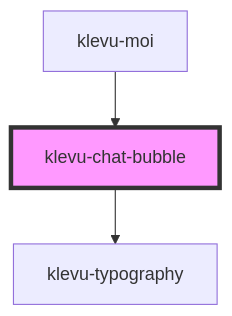
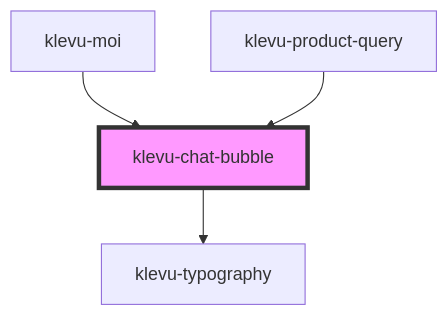
Before and after one commit to klevultd/frontend-sdk: the diagram in packages/klevu-ui/src/components/klevu-chat-bubble/readme.md, drawn with Mermaid. The commit also changed other lines of this file and 12 other files, not shown here.

````diff
--- a/packages/klevu-ui/src/components/klevu-chat-bubble/readme.md
+++ b/packages/klevu-ui/src/components/klevu-chat-bubble/readme.md
@@ -30,6 +31,7 @@
 ```mermaid
 graph TD;
   klevu-chat-bubble --> klevu-typography
   klevu-moi --> klevu-chat-bubble
+  klevu-product-query --> klevu-chat-bubble
   style klevu-chat-bubble fill:#f9f,stroke:#333,stroke-width:4px
 ```
````
